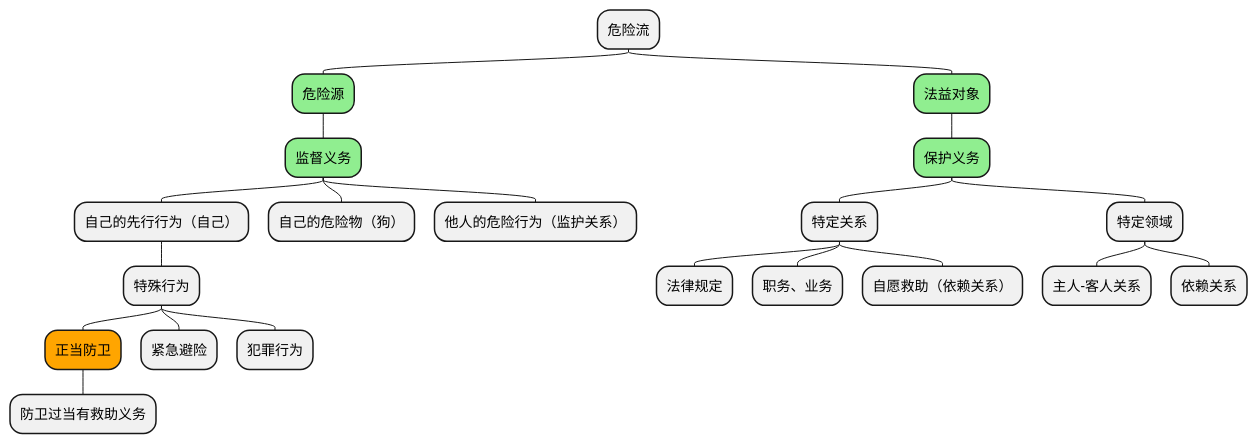
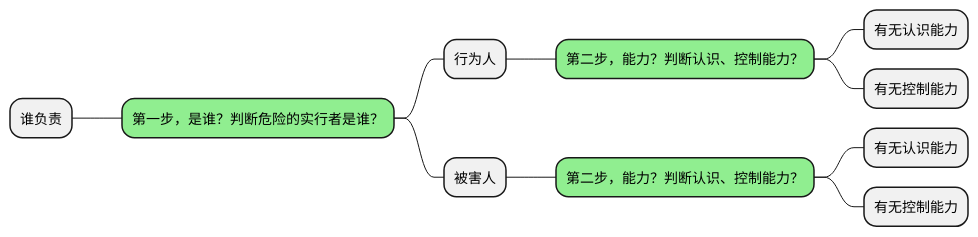
The ninth of 10 diagrams in _law/penal-code/general/刑法-04-犯罪论-客观要件-行为.md (lsieun/lsieun.github.io), drawn with PlantUML before and after one commit. The commit also changed other lines of this file and 80 other files, not shown here.

````diff
--- a/_law/penal-code/general/刑法-04-犯罪论-客观要件-行为.md
+++ b/_law/penal-code/general/刑法-04-犯罪论-客观要件-行为.md
@@ -234,27 +222,17 @@
 ```plantuml
 @startmindmap
-top to bottom direction
 
-* 危险流
-    *[#lightgreen] 危险源
-        *[#lightgreen] 监督义务
-            * 自己的先行行为（自己）
-                * 特殊行为
-                    *[#orange] 正当防卫
-                        * 防卫过当有救助义务
-                    * 紧急避险
-                    * 犯罪行为
-            * 自己的危险物（狗）
-            * 他人的危险行为（监护关系）
-    *[#lightgreen] 法益对象
-        *[#lightgreen] 保护义务
-            * 特定关系
-                * 法律规定
-                * 职务、业务
-                * 自愿救助（依赖关系）
-            * 特定领域
-                * 主人-客人关系
-                * 依赖关系
+* 谁负责
+    *[#lightgreen] 第一步，是谁？判断危险的实行者是谁？
+        * 行为人
+            *[#lightgreen] 第二步，能力？判断认识、控制能力？
+                * 有无认识能力
+                * 有无控制能力
+        * 被害人
+            *[#lightgreen] 第二步，能力？判断认识、控制能力？
+                * 有无认识能力
+                * 有无控制能力
+
 
 @endmindmap
 ```
````
